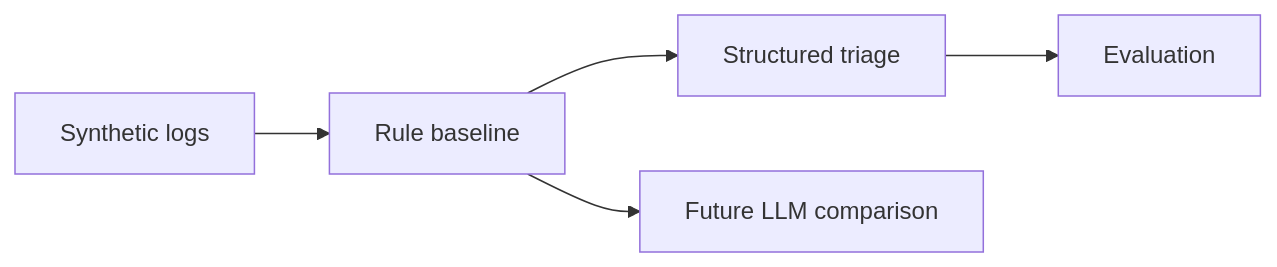
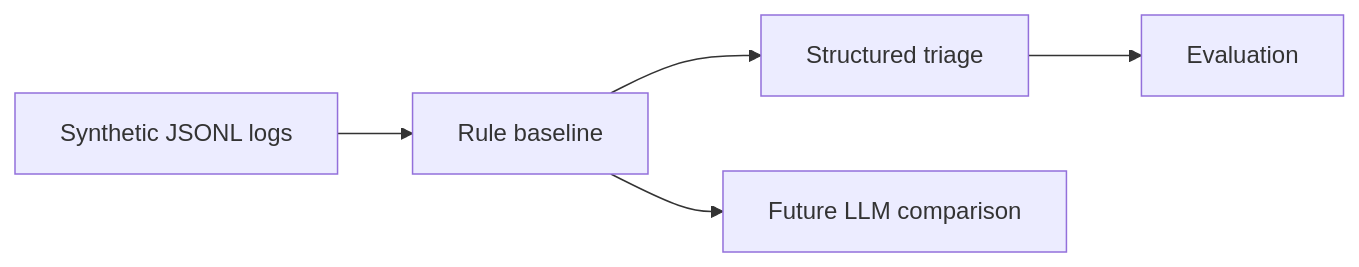
One commit to guilherme-lacerda-tech/ai-log-triage-lab changed the diagram in README.md. Above: the diagram before and after it, drawn with Mermaid. The commit also changed other lines of this file and 6 other files, not shown here.

````diff
--- a/README.md
+++ b/README.md
@@ -22,7 +26,7 @@
 ```mermaid
 flowchart LR
-    A["Synthetic logs"] --> B["Rule baseline"]
-    B --> C["Structured triage"]
-    C --> D["Evaluation"]
-    B --> E["Future LLM comparison"]
+    Logs["Synthetic JSONL logs"] --> Baseline["Rule baseline"]
+    Baseline --> Result["Structured triage"]
+    Result --> Evaluation["Evaluation"]
+    Baseline --> Future["Future LLM comparison"]
 ```
````
